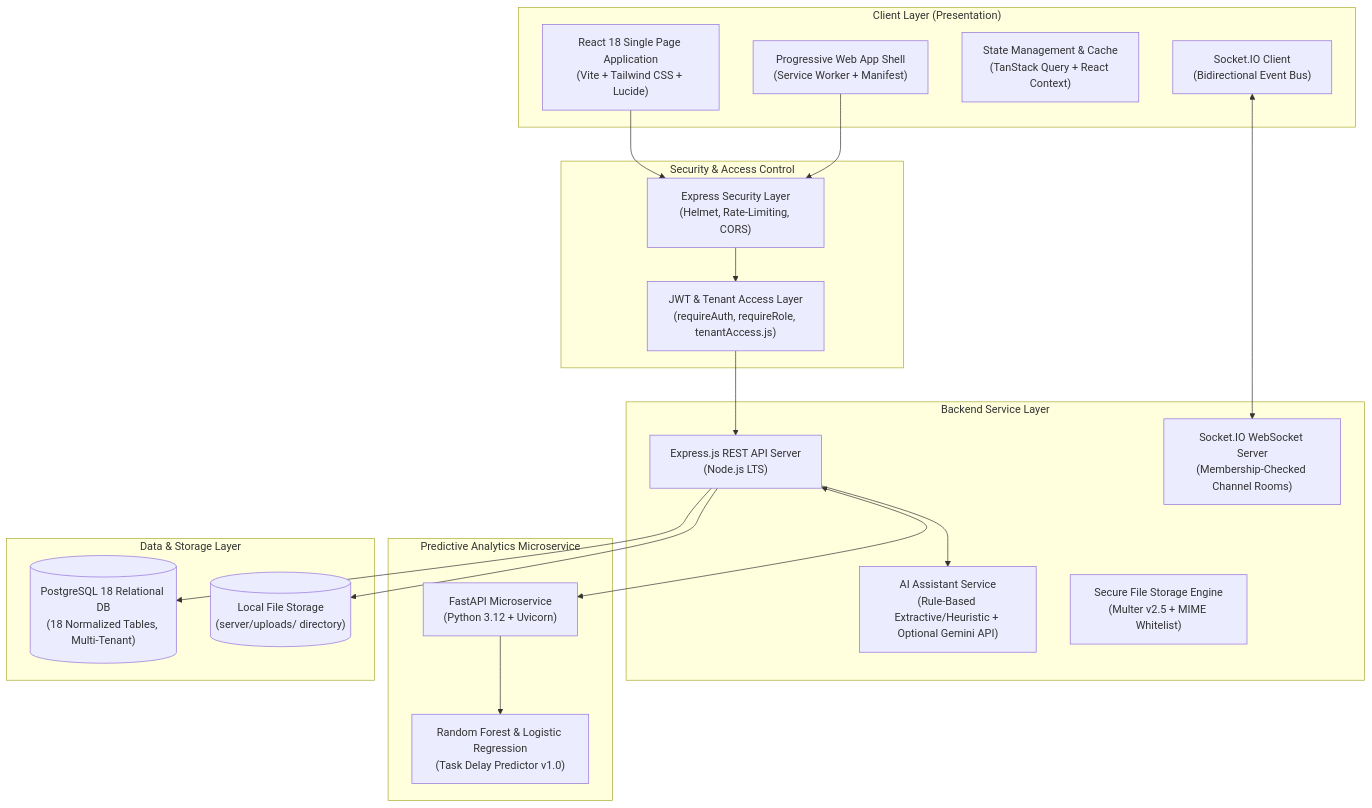
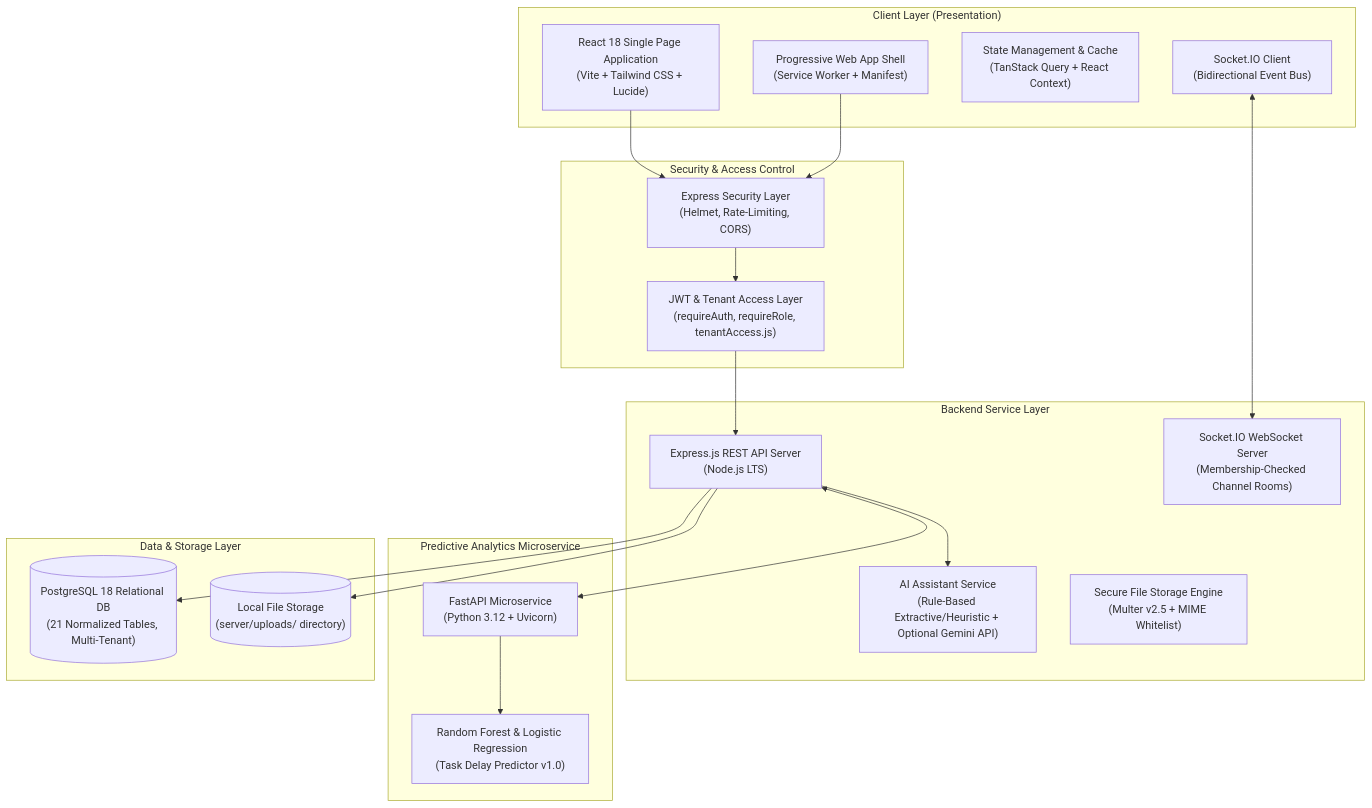
The first of 7 diagrams in docs/system_architecture_and_uml.md (Shivashankargouda4/ai-workspace-app), drawn with Mermaid before and after one commit. The commit also changed other lines of this file and 15 other files, not shown here.

````diff
--- a/docs/system_architecture_and_uml.md
+++ b/docs/system_architecture_and_uml.md
@@ -11,42 +11,42 @@
 ```mermaid
 graph TD
     subgraph ClientLayer ["Client Layer (Presentation)"]
         Browser["React 18 Single Page Application<br/>(Vite + Tailwind CSS + Lucide)"]
         PWA["Progressive Web App Shell<br/>(Service Worker + Manifest)"]
         State["State Management & Cache<br/>(TanStack Query + React Context)"]
         SocketClient["Socket.IO Client<br/>(Bidirectional Event Bus)"]
     end
 
     subgraph GatewayLayer ["Security & Access Control"]
         Gateway["Express Security Layer<br/>(Helmet, Rate-Limiting, CORS)"]
         JWTAuth["JWT & Tenant Access Layer<br/>(requireAuth, requireRole, tenantAccess.js)"]
     end
 
     subgraph ServiceLayer ["Backend Service Layer"]
         ExpressApp["Express.js REST API Server<br/>(Node.js LTS)"]
         SocketServer["Socket.IO WebSocket Server<br/>(Membership-Checked Channel Rooms)"]
         AIController["AI Assistant Service<br/>(Rule-Based Extractive/Heuristic + Optional Gemini API)"]
         FileService["Secure File Storage Engine<br/>(Multer v2.5 + MIME Whitelist)"]
     end
 
     subgraph MLLayer ["Predictive Analytics Microservice"]
         FastAPI["FastAPI Microservice<br/>(Python 3.12 + Uvicorn)"]
         MLModel["Random Forest & Logistic Regression<br/>(Task Delay Predictor v1.0)"]
     end
 
     subgraph PersistenceLayer ["Data & Storage Layer"]
-        Postgres[("PostgreSQL 18 Relational DB<br/>(18 Normalized Tables, Multi-Tenant)")]
+        Postgres[("PostgreSQL 18 Relational DB<br/>(21 Normalized Tables, Multi-Tenant)")]
         DiskStorage[("Local File Storage<br/>(server/uploads/ directory)")]
     end
 
     Browser --> Gateway
     PWA --> Gateway
     SocketClient <--> SocketServer
     Gateway --> JWTAuth
     JWTAuth --> ExpressApp
     ExpressApp --> Postgres
     ExpressApp <--> FastAPI
     FastAPI --> MLModel
     ExpressApp --> DiskStorage
     ExpressApp --> AIController
 ```
````
